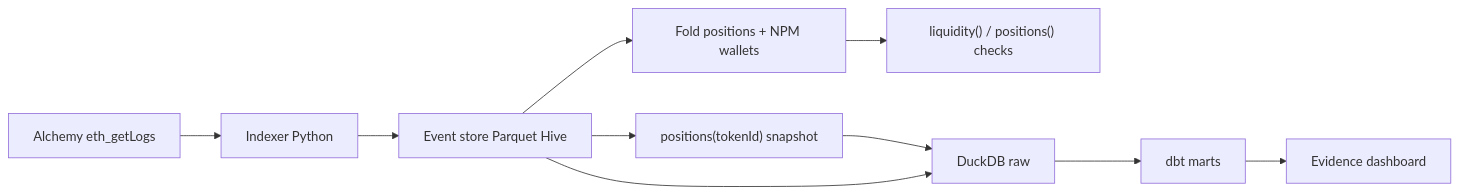
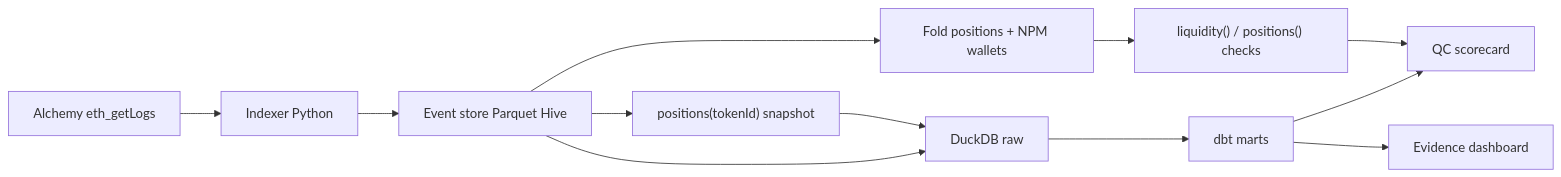
One commit to marioespinosaperales/lp-history-reconstructor changed the diagram in README.md. Above: the diagram before and after it, drawn with Mermaid. The commit also changed other lines of this file and 10 other files, not shown here.

````diff
--- a/README.md
+++ b/README.md
@@ -14,12 +16,14 @@
 ```mermaid
 flowchart LR
     alchemy["Alchemy eth_getLogs"] --> indexer["Indexer Python"]
     indexer --> parquet["Event store Parquet Hive"]
     parquet --> fold["Fold positions + NPM wallets"]
     fold --> verify["liquidity() / positions() checks"]
+    verify --> eval["QC scorecard"]
     parquet --> snap["positions(tokenId) snapshot"]
     snap --> duck["DuckDB raw"]
     parquet --> duck
     duck --> dbt["dbt marts"]
     dbt --> evidence["Evidence dashboard"]
+    dbt --> eval
 ```
````
